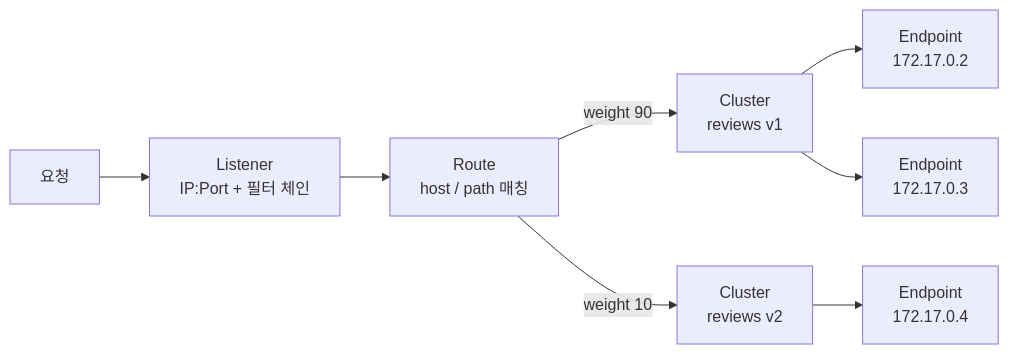
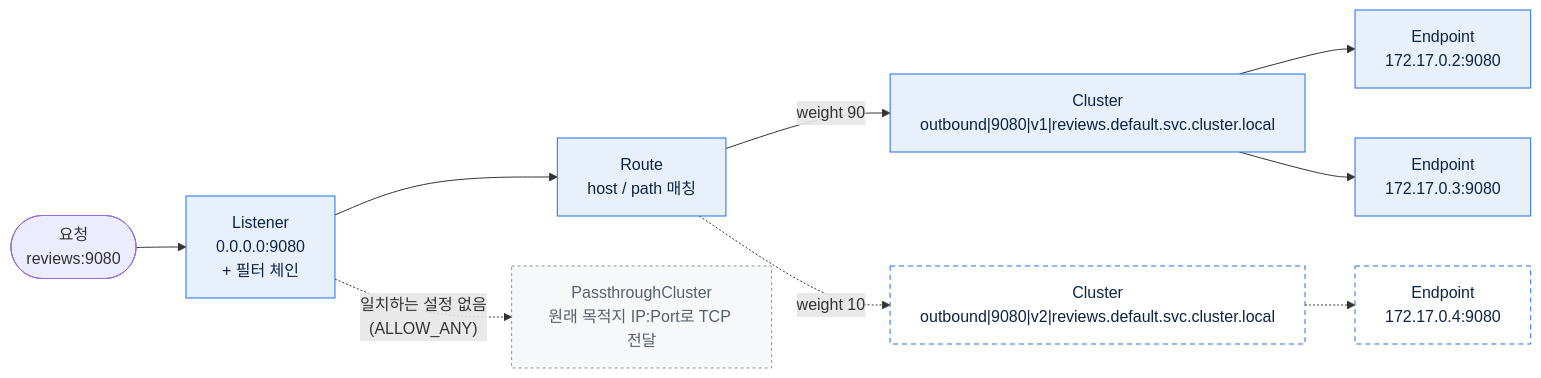
One commit to ChanghwanK/ChanghwanK.github.io changed the second of 6 diagrams in content/posts/2026-09-26-istio-envoy-xds/index.md. Above: the diagram before and after it, drawn with Mermaid. The commit also changed other lines of this file, not shown here.

Commit message:
content(blog): sync request-path diagram with Notion (real cluster names, PassthroughCluster)

````diff
--- a/content/posts/2026-09-26-istio-envoy-xds/index.md
+++ b/content/posts/2026-09-26-istio-envoy-xds/index.md
@@ -66,10 +66,17 @@
 ```mermaid
 flowchart LR
-  REQ["요청"] --> L["Listener<br/>IP:Port + 필터 체인"]
+  REQ(["요청<br/>reviews:9080"]) --> L["Listener<br/>0.0.0.0:9080<br/>+ 필터 체인"]
   L --> R["Route<br/>host / path 매칭"]
-  R -->|"weight 90"| C1["Cluster<br/>reviews v1"]
-  R -->|"weight 10"| C2["Cluster<br/>reviews v2"]
-  C1 --> E1["Endpoint<br/>172.17.0.2"]
-  C1 --> E2["Endpoint<br/>172.17.0.3"]
-  C2 --> E3["Endpoint<br/>172.17.0.4"]
+  R -->|"weight 90"| C1["Cluster<br/>outbound#124;9080#124;v1#124;reviews.default.svc.cluster.local"]
+  R -.->|"weight 10"| C2["Cluster<br/>outbound#124;9080#124;v2#124;reviews.default.svc.cluster.local"]
+  C1 --> E1["Endpoint<br/>172.17.0.2:9080"]
+  C1 --> E2["Endpoint<br/>172.17.0.3:9080"]
+  C2 -.-> E3["Endpoint<br/>172.17.0.4:9080"]
+  L -.->|"일치하는 설정 없음<br/>(ALLOW_ANY)"| P["PassthroughCluster<br/>원래 목적지 IP:Port로 TCP 전달"]
+  classDef stable fill:#e8f1fb,stroke:#1f6feb,color:#0b2447
+  classDef canary fill:#ffffff,stroke:#1f6feb,stroke-dasharray:5 4,color:#0b2447
+  classDef fallback fill:#f6f8fa,stroke:#8c959f,stroke-dasharray:3 3,color:#57606a
+  class L,R,C1,E1,E2 stable
+  class C2,E3 canary
+  class P fallback
 ```
````
